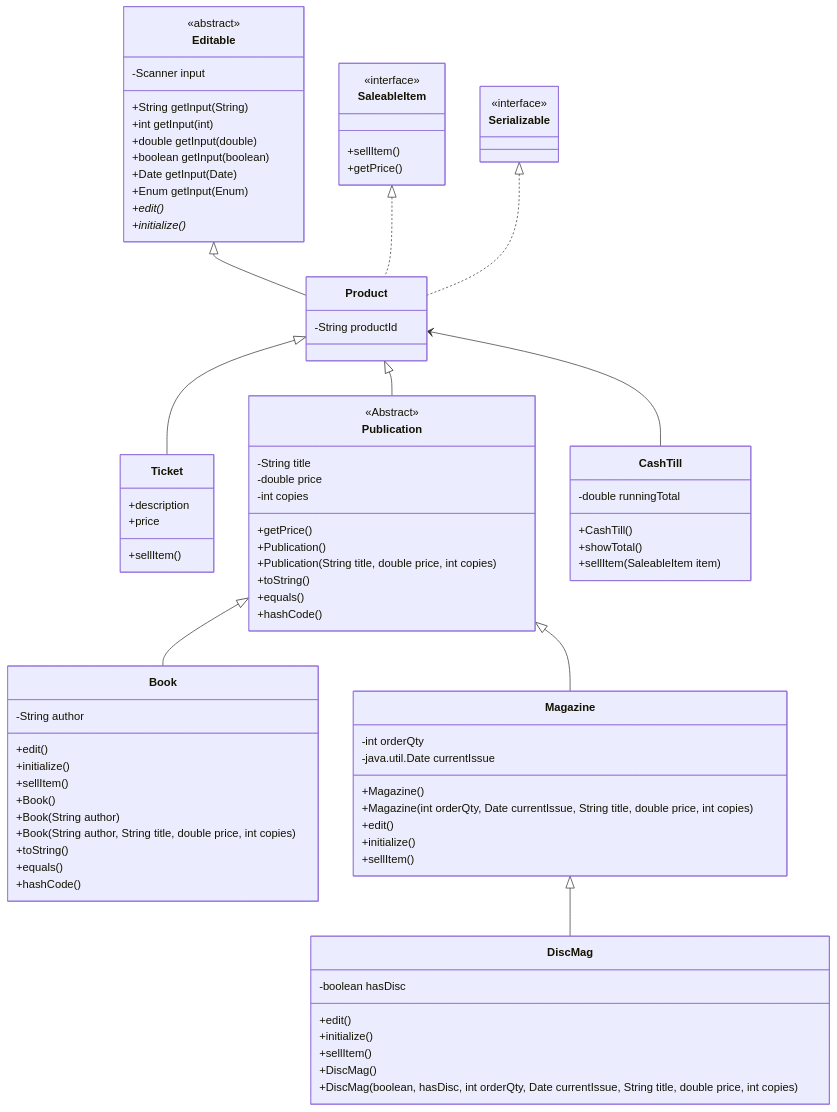
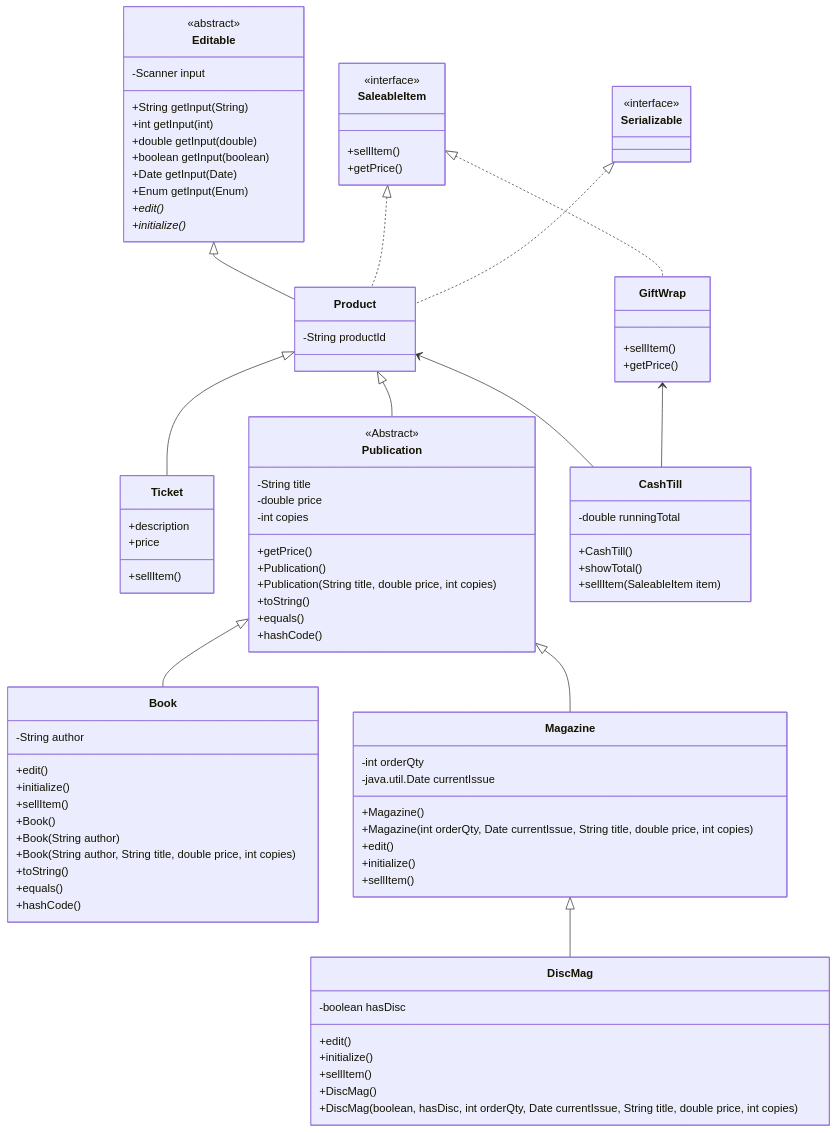
Before and after one commit to AlbaSMS/bookstore-csd214-w26-AlbaMartinez: the diagram in documentation/bookstore.f25-2025-11-17-211001.mmd, drawn with Mermaid. The commit also changed 4 other files, not shown here.

```diff
--- a/documentation/bookstore.f25-2025-11-17-211001.mmd
+++ b/documentation/bookstore.f25-2025-11-17-211001.mmd
@@ -1,97 +1,103 @@
 classDiagram
     Editable <|--Product
     Product <|--Ticket
     Product <|--Publication
     Publication <|-- Book
     Publication <|-- Magazine
     Magazine <|-- DiscMag
     SaleableItem <|.. Product
+    SaleableItem <|.. GiftWrap
     Serializable <|.. Product
     Product <-- CashTill
+    GiftWrap <-- CashTill
 
     class Product{
         -String productId
     }
 
     class Serializable{
         <<interface>>
     }
     class Ticket{
         +description
         +price
         +sellItem()
     }
     class Editable{
         <<abstract>>
         -Scanner input
         +String getInput(String)
         +int getInput(int)
         +double getInput(double)
         +boolean getInput(boolean)
         +Date getInput(Date)
         +Enum getInput(Enum)
         +edit()*
         +initialize()*
 
     }
     class Publication{
         <<Abstract>>
         -String title
         -double price
         -int copies
         +getPrice()
 
         +Publication()
         +Publication(String title, double price, int copies)
         +toString()
         +equals()
         +hashCode()
 
     }
     class Book{
         -String author
         +edit()
         +initialize()
         +sellItem()
 
         +Book()
         +Book(String author)
         +Book(String author, String title, double price, int copies)
         +toString()
         +equals()
         +hashCode()
 
     }
     class Magazine{
         -int orderQty
         -java.util.Date currentIssue
 
         +Magazine()
         +Magazine(int orderQty, Date currentIssue, String title, double price, int copies)
 
         +edit()
         +initialize()
         +sellItem()
     }
     class DiscMag{
         -boolean hasDisc
         +edit()
         +initialize()
         +sellItem()
 
         +DiscMag()
         +DiscMag(boolean, hasDisc, int orderQty, Date currentIssue, String title, double price, int copies)
 
     }
     class CashTill{
         -double runningTotal
         +CashTill()
         +showTotal()
         +sellItem(SaleableItem item)
     }
     class SaleableItem {
         <<interface>>
         +sellItem()
         +getPrice()
 
     }
+    class GiftWrap {
+        +sellItem()
+        +getPrice()
+ }
```
